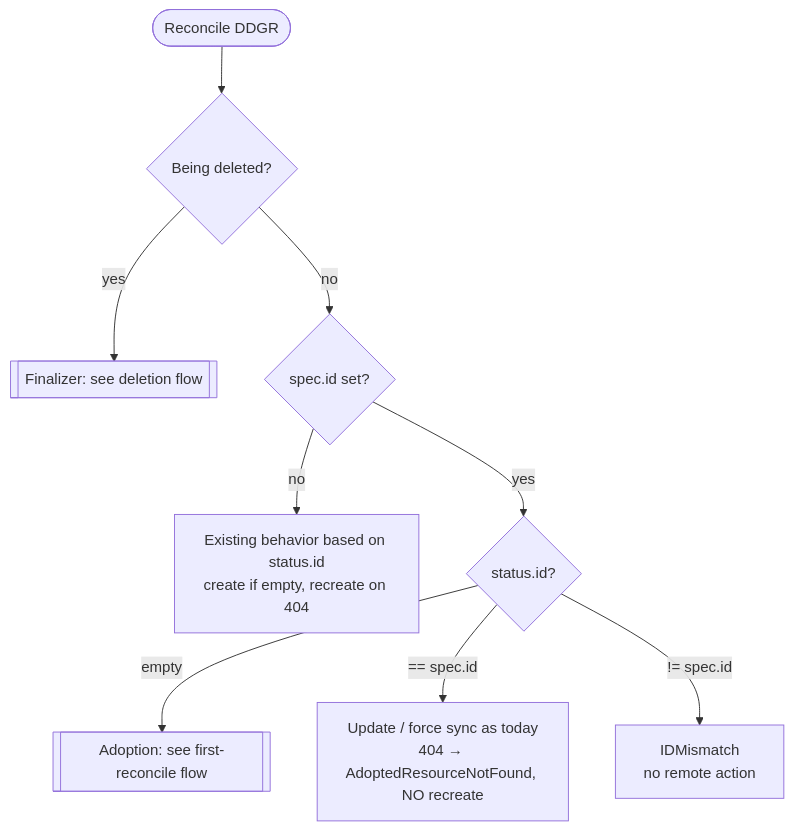
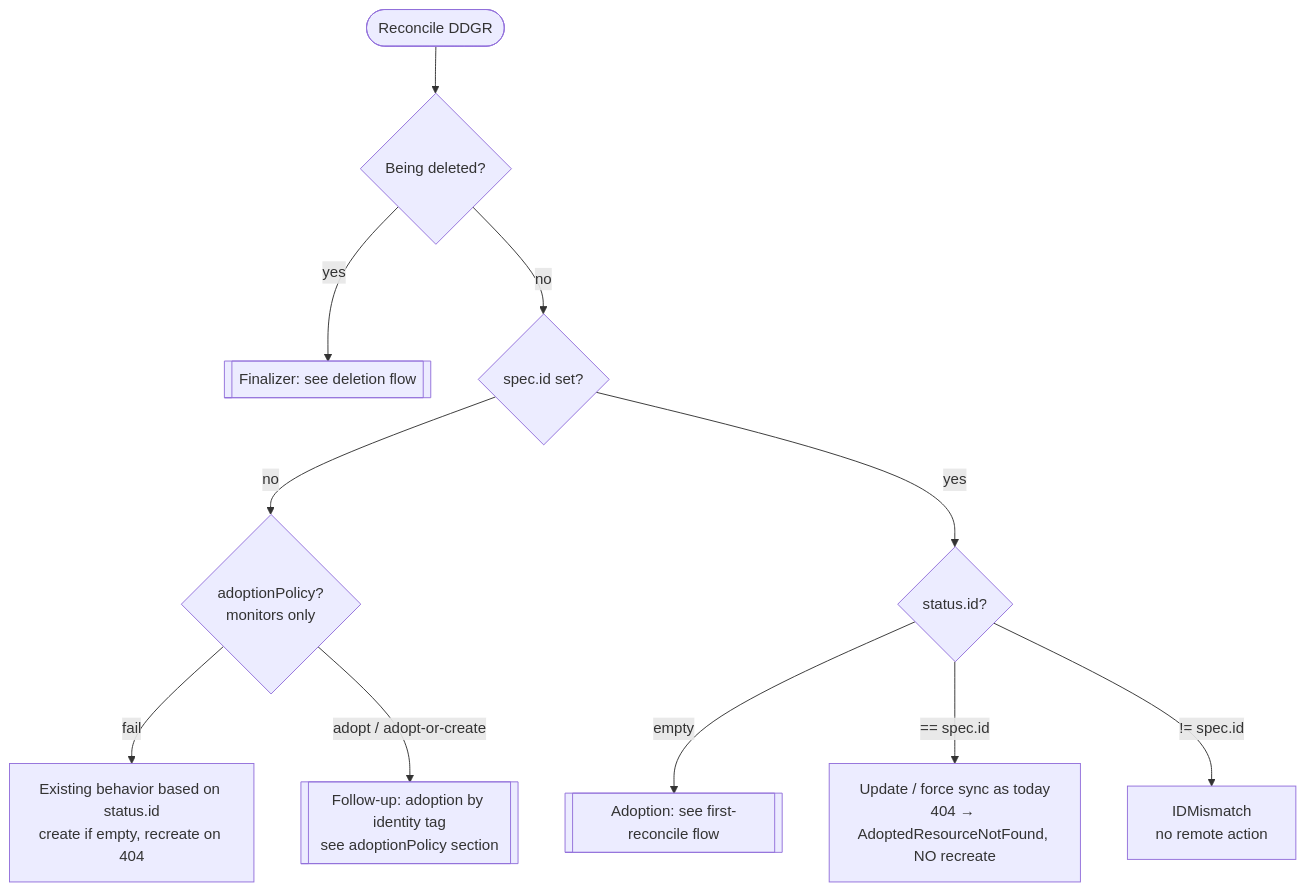
The first of 6 diagrams in docs/datadoggenericresource/datadog_generic_resource_adoption_brief.md (DataDog/datadog-operator), drawn with Mermaid before and after one commit. The commit also changed other lines of this file, not shown here.

Commit message:
Add the adoptionPolicy follow-up to the DDGR adoption brief

````diff
--- a/docs/datadoggenericresource/datadog_generic_resource_adoption_brief.md
+++ b/docs/datadoggenericresource/datadog_generic_resource_adoption_brief.md
@@ -119,11 +120,13 @@
 ```mermaid
 flowchart TD
   start([Reconcile DDGR]) --> del{Being deleted?}
   del -- yes --> fin[[Finalizer: see deletion flow]]
   del -- no --> sid{spec.id set?}
-  sid -- no --> legacy[Existing behavior based on status.id<br/>create if empty, recreate on 404]
+  sid -- no --> pol{adoptionPolicy?<br/>monitors only}
+  pol -- fail --> legacy[Existing behavior based on status.id<br/>create if empty, recreate on 404]
+  pol -- "adopt / adopt-or-create" --> byTag[[Follow-up: adoption by identity tag<br/>see adoptionPolicy section]]
   sid -- yes --> stid{status.id?}
   stid -- empty --> adopt[[Adoption: see first-reconcile flow]]
   stid -- "== spec.id" --> normal[Update / force sync as today<br/>404 → AdoptedResourceNotFound, NO recreate]
   stid -- "!= spec.id" --> mismatch[IDMismatch<br/>no remote action]
 ```
````
